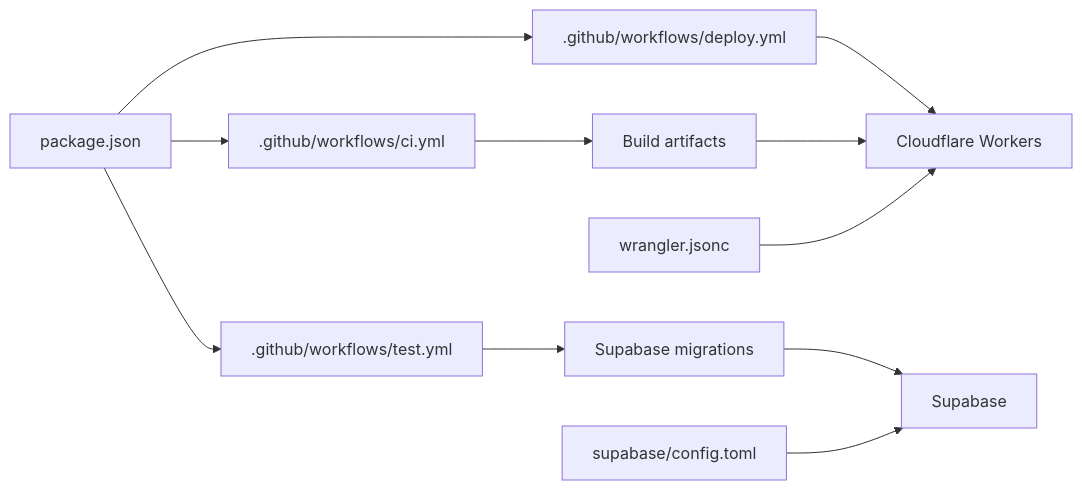
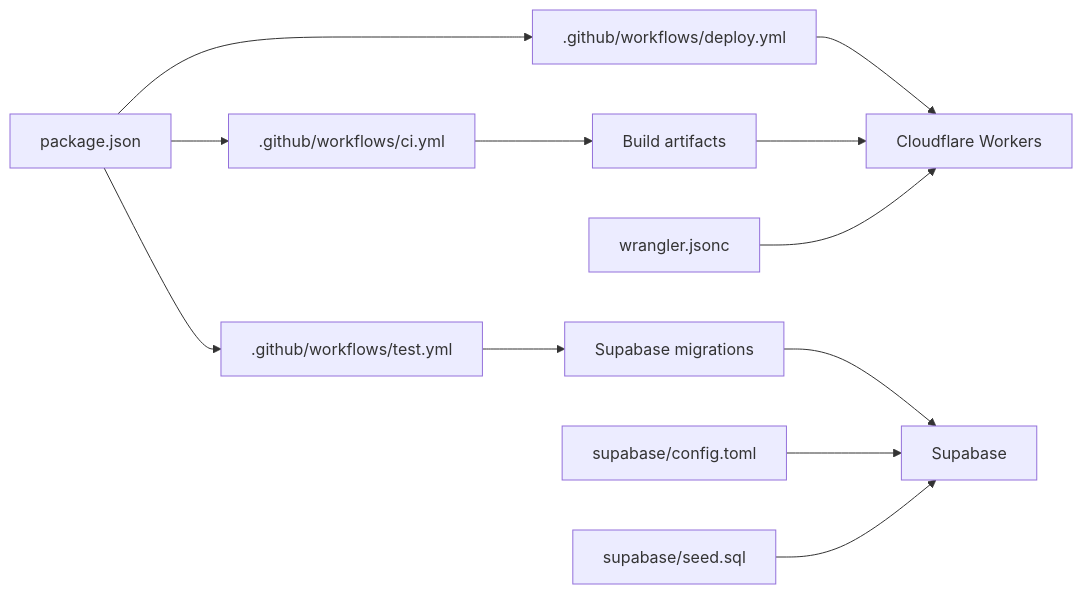
Before and after one commit to gastaldellomarco/pcReady: the ninth of 9 diagrams in .qoder/repowiki/en/content/Deployment and DevOps.md, drawn with Mermaid. The commit also changed other lines of this file and 16 other files, not shown here.

````diff
--- a/.qoder/repowiki/en/content/Deployment and DevOps.md
+++ b/.qoder/repowiki/en/content/Deployment and DevOps.md
@@ -375,13 +388,14 @@
 ```mermaid
 graph LR
 CI[".github/workflows/ci.yml"] --> Build["Build artifacts"]
 TestW[".github/workflows/test.yml"] --> Migrate["Supabase migrations"]
 DeployW[".github/workflows/deploy.yml"] --> Workers["Cloudflare Workers"]
 Migrate --> Supabase["Supabase"]
 Build --> Workers
 SupabaseCfg["supabase/config.toml"] --> Supabase
 WranglerCfg["wrangler.jsonc"] --> Workers
 PKG["package.json"] --> CI
 PKG --> TestW
 PKG --> DeployW
+Seed["supabase/seed.sql"] --> Supabase
 ```
````
